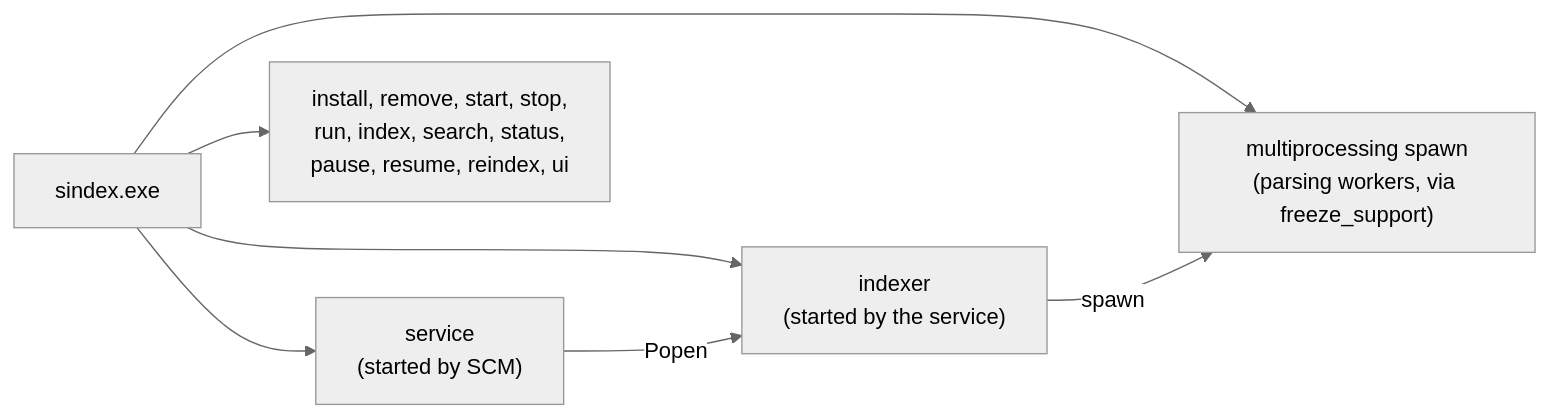
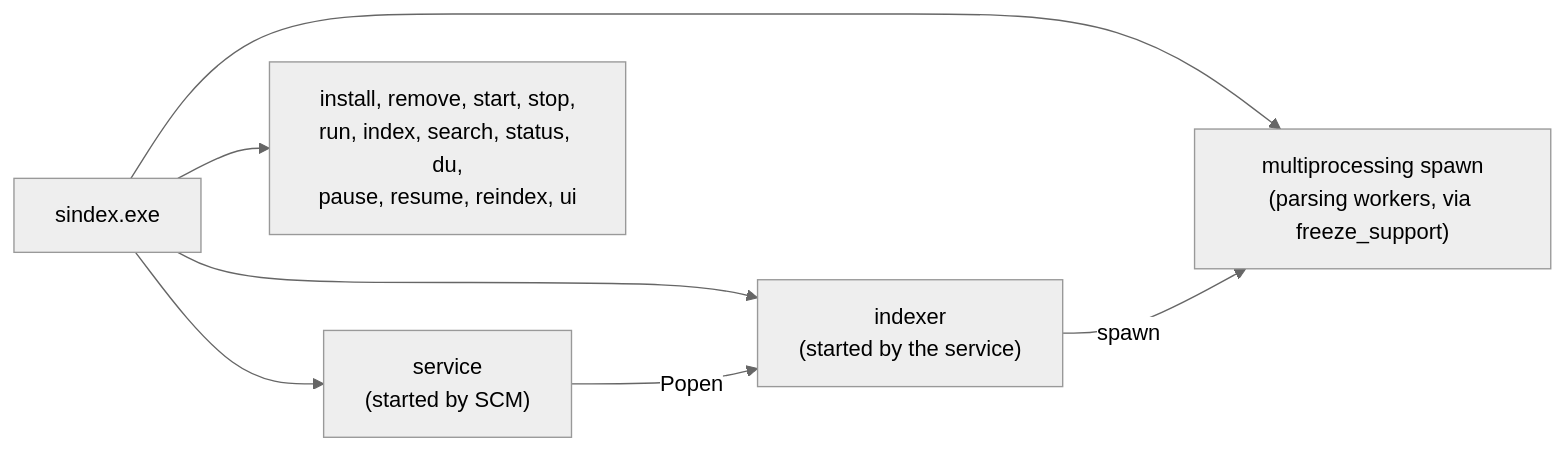
Diagram 14 of 16 in architecture.md (igrowing/sindex), drawn with Mermaid (neutral theme) before and after one commit. The commit also changed other lines of this file, not shown here.

````diff
--- a/architecture.md
+++ b/architecture.md
@@ -847,9 +894,9 @@
 ```mermaid
 flowchart LR
     exe["sindex.exe"] --> svc["service<br/>(started by SCM)"]
     exe --> idx["indexer<br/>(started by the service)"]
     exe --> wrk["multiprocessing spawn<br/>(parsing workers, via freeze_support)"]
-    exe --> cmds["install, remove, start, stop,<br/>run, index, search, status,<br/>pause, resume, reindex, ui"]
+    exe --> cmds["install, remove, start, stop,<br/>run, index, search, status, du,<br/>pause, resume, reindex, ui"]
     svc -->|Popen| idx
     idx -->|spawn| wrk
 ```
````
